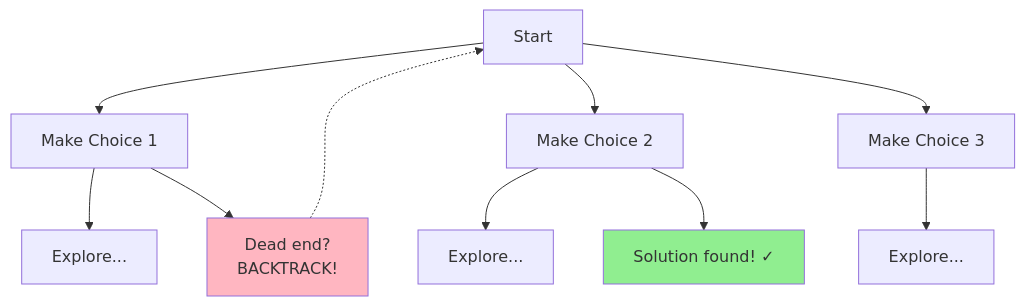
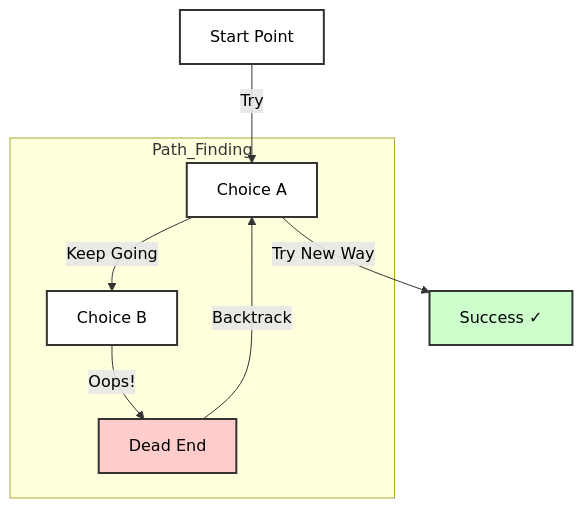
The first of 2 diagrams in 15-backtracking/README.md (ankushtagore/dsa-coding-patterns), drawn with Mermaid before and after one commit. The commit also changed other lines of this file and 7 other files, not shown here.

````diff
--- a/15-backtracking/README.md
+++ b/15-backtracking/README.md
@@ -53,18 +33,22 @@
 ```mermaid
 graph TD
-    A[Start] --> B[Make Choice 1]
-    A --> C[Make Choice 2]
-    A --> D[Make Choice 3]
+    subgraph Path_Finding
+    B[Choice A]
+    C[Choice B]
+    D[Dead End]
+    end
     
-    B --> E[Explore...]
-    B --> F[Dead end?<br/>BACKTRACK!]
-    F -.-> A
-    
-    C --> G[Explore...]
-    C --> H[Solution found! ✓]
-    
-    D --> I[Explore...]
-    
-    style F fill:#FFB6C1
-    style H fill:#90EE90
+    A[Start Point] -- "Try" --> B
+    B -- "Keep Going" --> C
+    C -- "Oops!" --> D
+    D -- "Backtrack" --> B
+    B -- "Try New Way" --> E[Success ✓]
+
+    style A fill:#ffffff,stroke:#333,stroke-width:2px,color:#000
+    style B fill:#ffffff,stroke:#333,stroke-width:2px,color:#000
+    style C fill:#ffffff,stroke:#333,stroke-width:2px,color:#000
+    style D fill:#ffcccc,stroke:#333,stroke-width:2px,color:#000
+    style E fill:#ccffcc,stroke:#333,stroke-width:2px,color:#000
+
+    linkStyle default color:#000,stroke:#333
 ```
````
